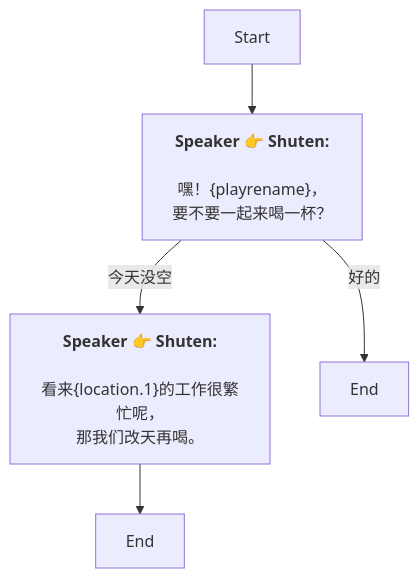
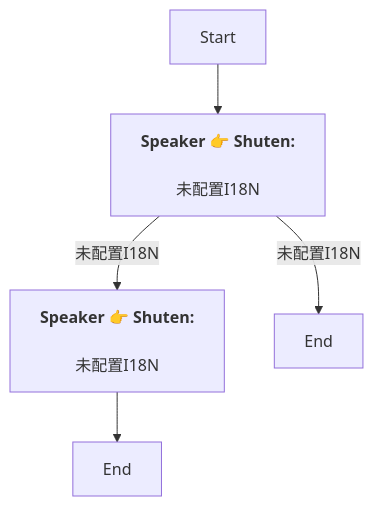
The diagram in Zh/QuestStartTalkENode_1754569494313621.md (SoftHu/tos_avg), drawn with Mermaid before and after one commit. The commit also changed 730 other files, not shown here.

````diff
--- a/Zh/QuestStartTalkENode_1754569494313621.md
+++ b/Zh/QuestStartTalkENode_1754569494313621.md
@@ -1,12 +1,10 @@
 ```mermaid
 graph
 Start -->1754569657361049[<b>Speaker 👉 Shuten:</b>
-\n嘿！&lbrace;playrename&rbrace;，
-要不要一起来喝一杯？]
-1754569657361049 -->|今天没空|1754569700041376[<b>Speaker 👉 Shuten:</b>
-\n看来&lbrace;location.1&rbrace;的工作很繁忙呢，
-那我们改天再喝。]
-1754569657361049 -->|好的|1754569704283809[End]
+\n未配置I18N]
+1754569657361049 -->|未配置I18N|1754569700041376[<b>Speaker 👉 Shuten:</b>
+\n未配置I18N]
+1754569657361049 -->|未配置I18N|1754569704283809[End]
 1754569700041376 -->1754569717223074[End]
 
 ```
````
